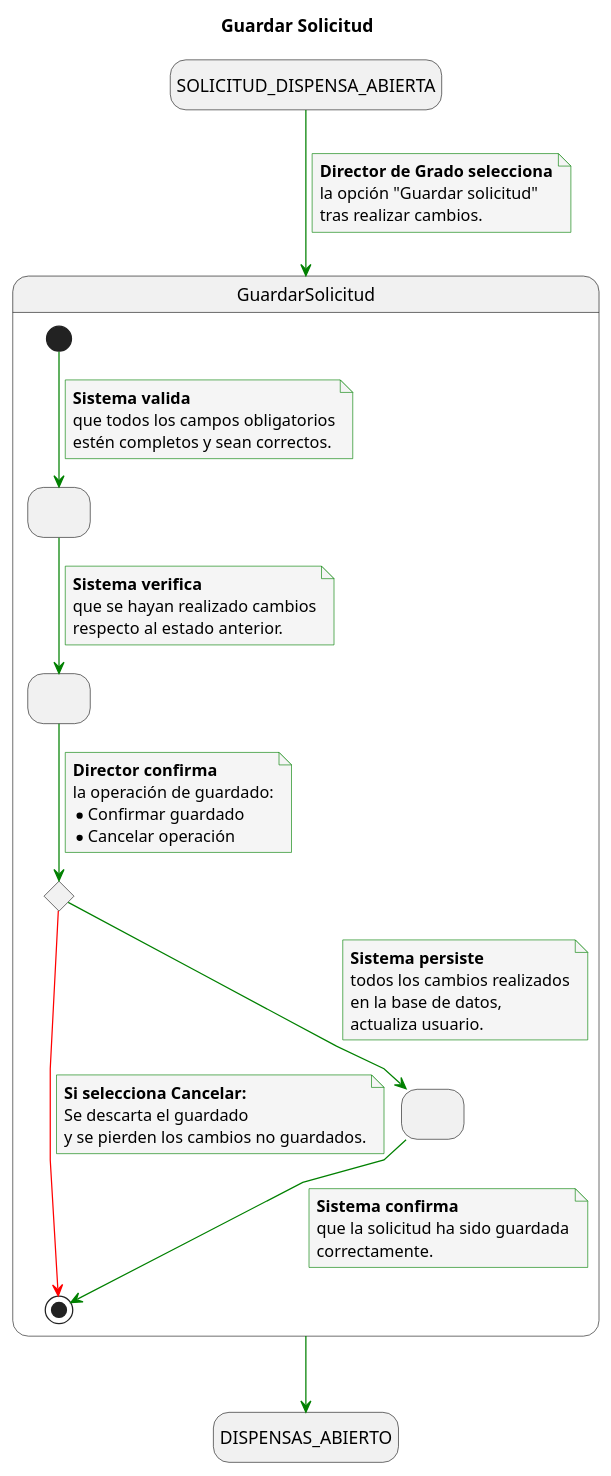
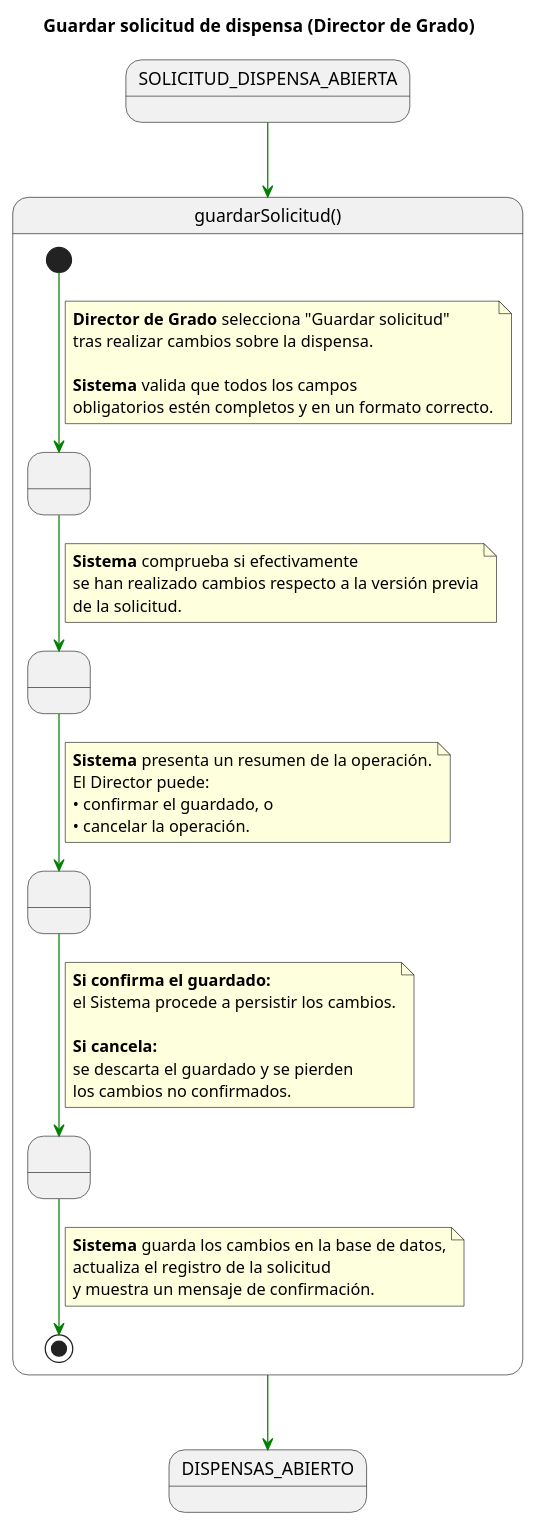
The diagram in documents/CasosDeUso/DetalladoCasosDeUso/DirectorDeGrado/GuardarSolicitud.puml (enmabry/25-26-IdSw1-SdR), drawn with PlantUML before and after one commit. The commit also changed 7 other files, not shown here.

Commit message:
Update GuardarSolicitud diagram: enhance visual clarity and detail for the "Guardar solicitud de dispensa" process, including improved layout and additional descriptive text.

```diff
--- a/documents/CasosDeUso/DetalladoCasosDeUso/DirectorDeGrado/GuardarSolicitud.puml
+++ b/documents/CasosDeUso/DetalladoCasosDeUso/DirectorDeGrado/GuardarSolicitud.puml
@@ -1,77 +1,62 @@
 @startuml
-title Guardar Solicitud
+title Guardar solicitud de dispensa (Director de Grado)
 
-skinparam {
-    NoteBackgroundColor #whiteSmoke
-    ArrowColor #green
-    NoteBorderColor #green
-    linetype polyline
-}
+skinparam linetype polyline
 
-hide empty description
+state SOLICITUD_DISPENSA_ABIERTA_INICIAL as "SOLICITUD_DISPENSA_ABIERTA"
+state DISPENSAS_ABIERTO_FINAL            as "DISPENSAS_ABIERTO"
 
-state startState as "SOLICITUD_DISPENSA_ABIERTA"
-state endState as "DISPENSAS_ABIERTO"
+SOLICITUD_DISPENSA_ABIERTA_INICIAL -[#green]-> guardarSolicitud
 
-startState --> GuardarSolicitud
-note on link
-    <b>Director de Grado selecciona</b>
-    la opción "Guardar solicitud"
-    tras realizar cambios.
-end note
+state guardarSolicitud as "guardarSolicitud()" {
 
-state GuardarSolicitud {
-    state ValidarDatos as " "
-    state VerificarCambios as " "
-    state FinalizarOpciones <<choice>>
+    state " " as ValidarDatos
+    state " " as VerificarCambios
+    state " " as ConfirmarOperacion
+    state " " as PersistirCambios
 
-    [*] --> ValidarDatos
+    [*] -[#green]-> ValidarDatos
     note on link
-        <b>Sistema valida</b>
-        que todos los campos obligatorios
-        estén completos y sean correctos.
+      <b>Director de Grado</b> selecciona "Guardar solicitud"
+      tras realizar cambios sobre la dispensa.
+      
+      <b>Sistema</b> valida que todos los campos
+      obligatorios estén completos y en un formato correcto.
     end note
 
-    ValidarDatos --> VerificarCambios
+    ValidarDatos -[#green]-> VerificarCambios
     note on link
-        <b>Sistema verifica</b>
-        que se hayan realizado cambios
-        respecto al estado anterior.
+      <b>Sistema</b> comprueba si efectivamente
+      se han realizado cambios respecto a la versión previa
+      de la solicitud.
     end note
 
-    VerificarCambios --> FinalizarOpciones
+    VerificarCambios -[#green]-> ConfirmarOperacion
     note on link
-        <b>Director confirma</b>
-        la operación de guardado:
-        * Confirmar guardado
-        * Cancelar operación
+      <b>Sistema</b> presenta un resumen de la operación.
+      El Director puede:
+      • confirmar el guardado, o
+      • cancelar la operación.
     end note
 
-    FinalizarOpciones -[#red]-> [*]
+    ConfirmarOperacion -[#green]-> PersistirCambios
     note on link
-        <b>Si selecciona Cancelar:</b>
-        Se descarta el guardado
-        y se pierden los cambios no guardados.
+      <b>Si confirma el guardado:</b>
+      el Sistema procede a persistir los cambios.
+      
+      <b>Si cancela:</b>
+      se descarta el guardado y se pierden
+      los cambios no confirmados.
     end note
 
-    FinalizarOpciones --> PersistirCambios
-
-    state PersistirCambios as " "
+    PersistirCambios -[#green]-> [*]
     note on link
-        <b>Sistema persiste</b>
-        todos los cambios realizados
-        en la base de datos,
-        actualiza usuario.
-    end note
-
-    PersistirCambios --> [*]
-    note on link
-        <b>Sistema confirma</b>
-        que la solicitud ha sido guardada
-        correctamente.
+      <b>Sistema</b> guarda los cambios en la base de datos,
+      actualiza el registro de la solicitud
+      y muestra un mensaje de confirmación.
     end note
 }
 
-GuardarSolicitud --> endState
+guardarSolicitud -[#green]-> DISPENSAS_ABIERTO_FINAL
 
 @enduml
```
